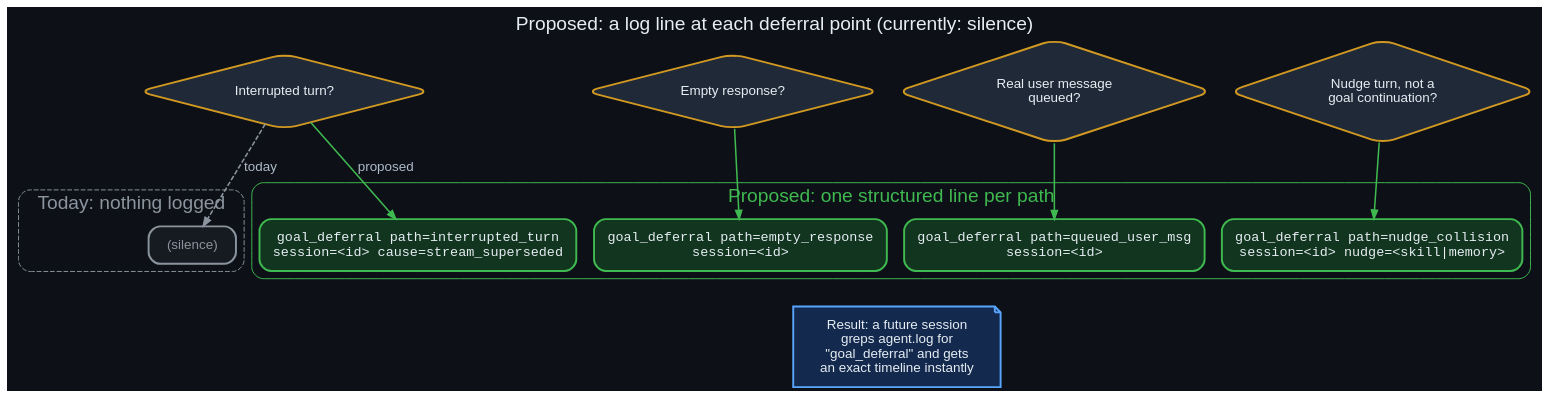
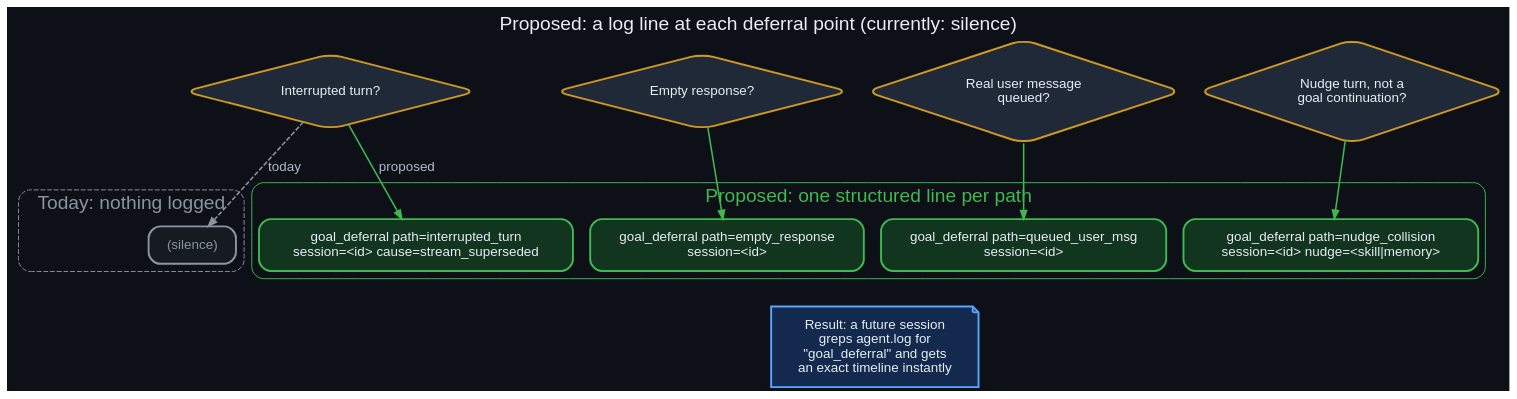
The diagram in diagrams/16_deferral_telemetry_spec.dot (danindiana/hermes-goal-loop-deferral), drawn with Graphviz before and after one commit. The commit also changed 2 other files, not shown here.

Commit message:
Fix diagram 16: drop Courier fontname override for CI font portability

```diff
--- a/diagrams/16_deferral_telemetry_spec.dot
+++ b/diagrams/16_deferral_telemetry_spec.dot
@@ -1,40 +1,40 @@
 digraph deferral_telemetry_spec {
     graph [bgcolor="#0d1117", rankdir=TB, fontname="Helvetica",
            fontcolor="#e6edf3", labelloc="t", fontsize=20,
            label="Proposed: a log line at each deferral point (currently: silence)"];
     node  [fontname="Helvetica", fontcolor="#e6edf3", color="#30363d",
            style="filled,rounded", shape=box, penwidth=2, margin="0.22,0.16",
            fillcolor="#161b22"];
     edge  [color="#8b949e", fontname="Helvetica", fontcolor="#adbac7",
            penwidth=1.6, arrowsize=0.9];
 
     q1 [label="Interrupted turn?", shape=diamond, color="#d29922", fillcolor="#1f2937"];
     q2 [label="Empty response?", shape=diamond, color="#d29922", fillcolor="#1f2937"];
     q3 [label="Real user message\nqueued?", shape=diamond, color="#d29922", fillcolor="#1f2937"];
     q4 [label="Nudge turn, not a\ngoal continuation?", shape=diamond, color="#d29922", fillcolor="#1f2937"];
 
     subgraph cluster_now {
         label="Today: nothing logged"; style="dashed,rounded"; color="#8b949e"; fontcolor="#8b949e";
         now [label="(silence)", color="#8b949e", fillcolor="#161b22", fontcolor="#8b949e"];
     }
 
     subgraph cluster_proposed {
         label="Proposed: one structured line per path"; style="rounded"; color="#3fb950"; fontcolor="#3fb950";
-        l1 [label="goal_deferral path=interrupted_turn\nsession=<id> cause=stream_superseded", color="#3fb950", fillcolor="#12351f", fontname="Courier"];
-        l2 [label="goal_deferral path=empty_response\nsession=<id>", color="#3fb950", fillcolor="#12351f", fontname="Courier"];
-        l3 [label="goal_deferral path=queued_user_msg\nsession=<id>", color="#3fb950", fillcolor="#12351f", fontname="Courier"];
-        l4 [label="goal_deferral path=nudge_collision\nsession=<id> nudge=<skill|memory>", color="#3fb950", fillcolor="#12351f", fontname="Courier"];
+        l1 [label="goal_deferral path=interrupted_turn\nsession=<id> cause=stream_superseded", color="#3fb950", fillcolor="#12351f"];
+        l2 [label="goal_deferral path=empty_response\nsession=<id>", color="#3fb950", fillcolor="#12351f"];
+        l3 [label="goal_deferral path=queued_user_msg\nsession=<id>", color="#3fb950", fillcolor="#12351f"];
+        l4 [label="goal_deferral path=nudge_collision\nsession=<id> nudge=<skill|memory>", color="#3fb950", fillcolor="#12351f"];
     }
 
     q1 -> now [label="today", color="#8b949e", style=dashed];
     q1 -> l1 [label="proposed", color="#3fb950"];
     q2 -> l2 [color="#3fb950"];
     q3 -> l3 [color="#3fb950"];
     q4 -> l4 [color="#3fb950"];
 
     grep [label="Result: a future session\ngreps agent.log for\n\"goal_deferral\" and gets\nan exact timeline instantly", shape=note, color="#58a6ff", fillcolor="#13294d"];
     l1 -> grep [style=invis];
     l2 -> grep [style=invis];
     l3 -> grep [style=invis];
     l4 -> grep [style=invis];
 }
```
